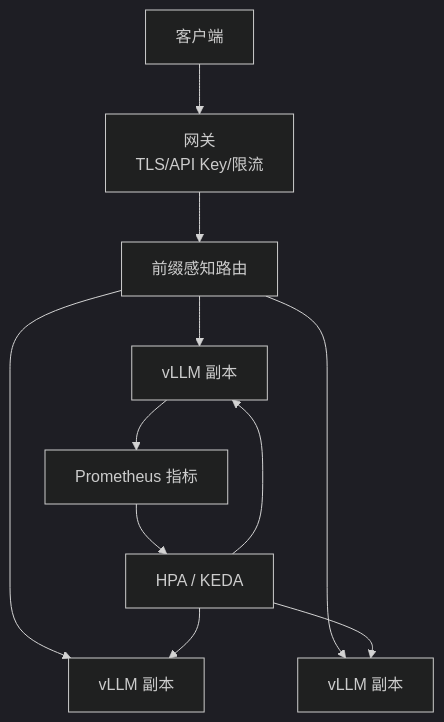
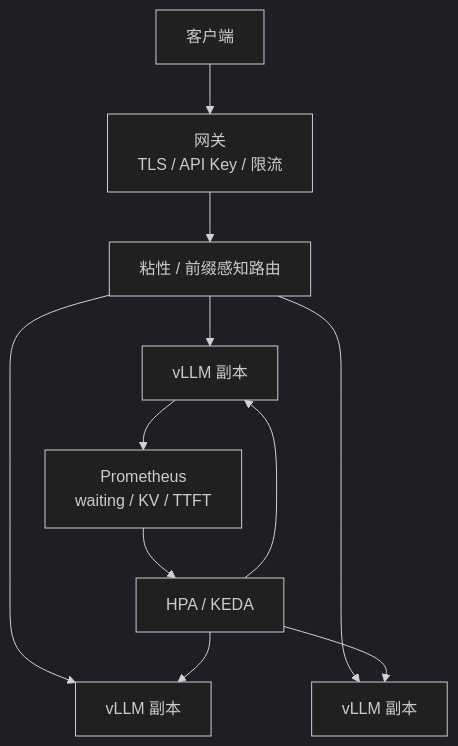
The second of 2 diagrams in docs/guides/模块四-推理优化/第10章-生产部署与运维/10.3-自动扩缩容与负载均衡.md (tqm6666/AIInfraGuide), drawn with Mermaid (dark theme) before and after one commit. The commit also changed other lines of this file and 4 other files, not shown here.

````diff
--- a/docs/guides/模块四-推理优化/第10章-生产部署与运维/10.3-自动扩缩容与负载均衡.md
+++ b/docs/guides/模块四-推理优化/第10章-生产部署与运维/10.3-自动扩缩容与负载均衡.md
@@ -130,13 +157,13 @@
 ```mermaid
 flowchart TB
-    U["客户端"] --> G["网关<br/>TLS/API Key/限流"]
-    G --> R["前缀感知路由"]
+    U["客户端"] --> G["网关<br/>TLS / API Key / 限流"]
+    G --> R["粘性 / 前缀感知路由"]
     R --> V1["vLLM 副本"]
     R --> V2["vLLM 副本"]
     R --> V3["vLLM 副本"]
-    V1 --> M["Prometheus 指标"]
+    V1 --> M["Prometheus<br/>waiting / KV / TTFT"]
     M --> H["HPA / KEDA"]
     H --> V1
     H --> V2
     H --> V3
 ```
````
